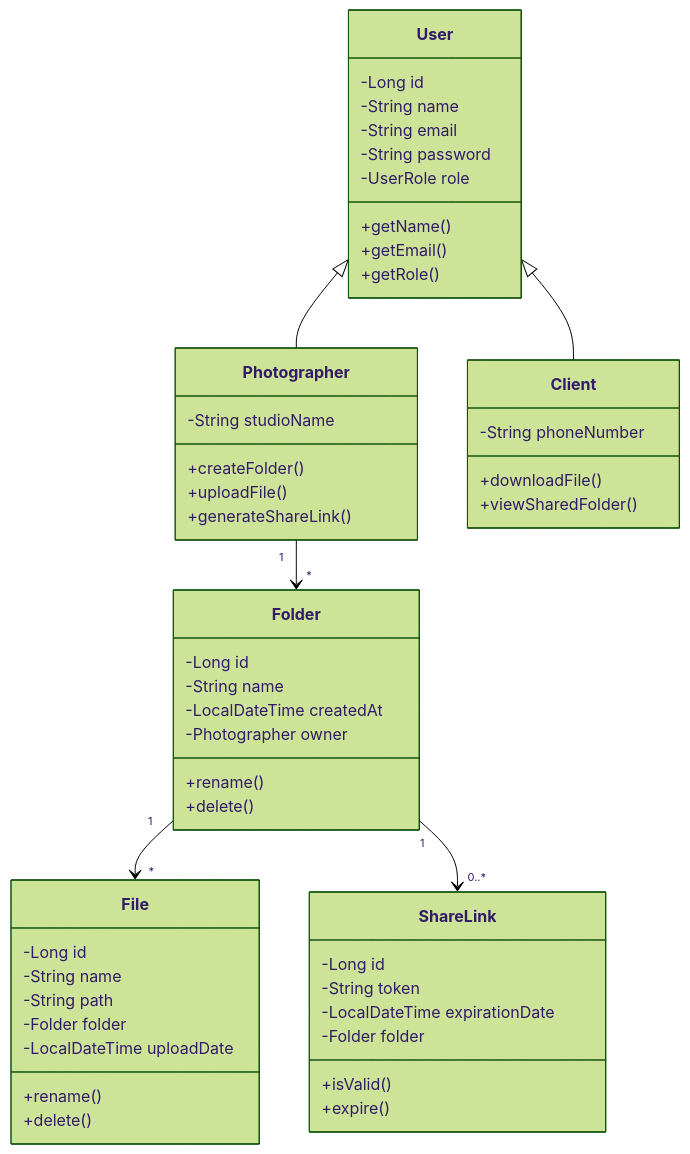
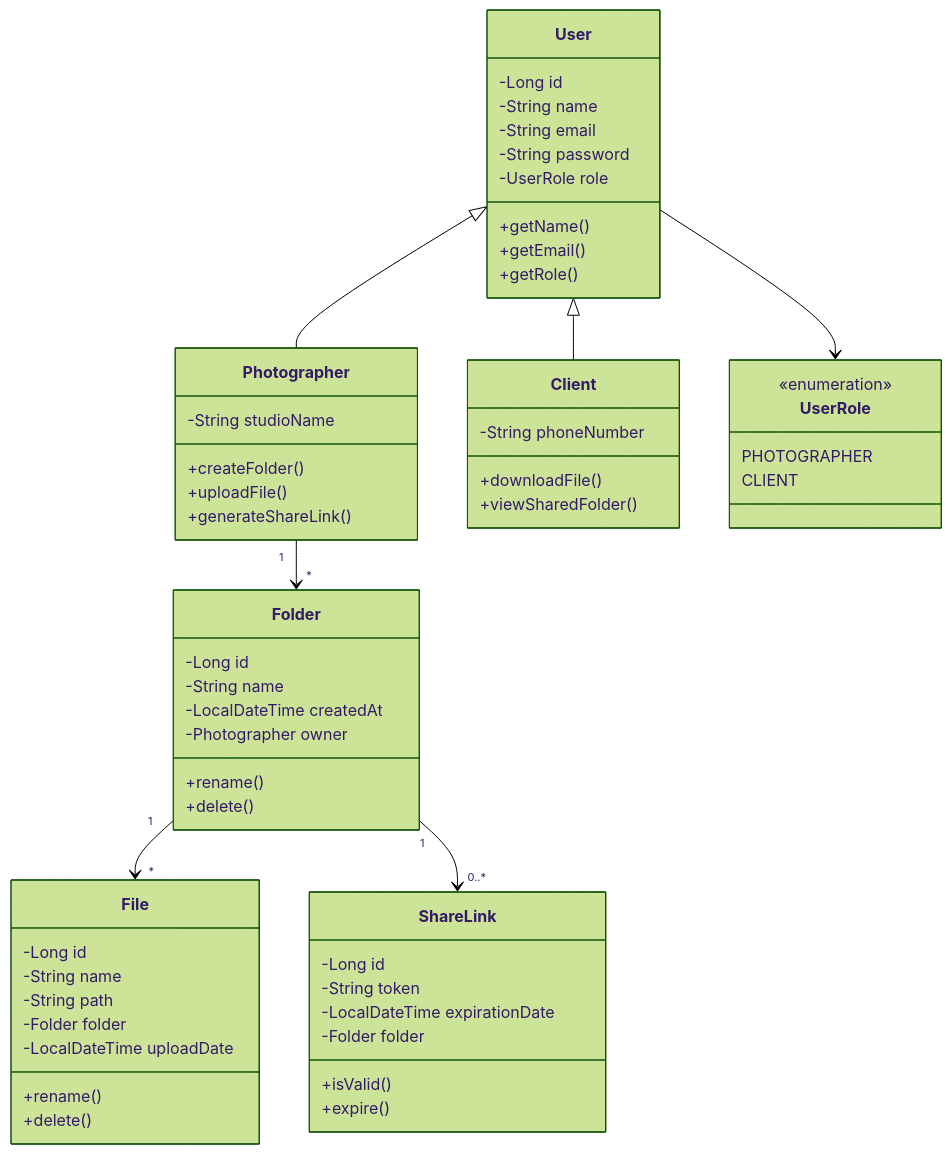
Before and after one commit to Viniciustertuliano/photovault: the diagram in README.md, drawn with Mermaid (forest theme). The commit also changed other lines of this file, not shown here.

Commit message:
docs(diagram): Add missing classes to the Mermaid diagram

````diff
--- a/README.md
+++ b/README.md
@@ -44,60 +44,68 @@
 ```mermaid
 classDiagram
     class User {
         -Long id
         -String name
         -String email
         -String password
         -UserRole role
         +getName()
         +getEmail()
         +getRole()
     }
 
     class Photographer {
         -String studioName
         +createFolder()
         +uploadFile()
         +generateShareLink()
     }
 
     class Client {
         -String phoneNumber
         +downloadFile()
         +viewSharedFolder()
     }
 
     class Folder {
         -Long id
         -String name
         -LocalDateTime createdAt
         -Photographer owner
         +rename()
         +delete()
     }
 
     class File {
         -Long id
         -String name
         -String path
         -Folder folder
         -LocalDateTime uploadDate
         +rename()
         +delete()
     }
 
     class ShareLink {
         -Long id
         -String token
         -LocalDateTime expirationDate
         -Folder folder
         +isValid()
         +expire()
     }
 
+    class UserRole {
+        <<enumeration>>
+        PHOTOGRAPHER
+        CLIENT
+    }
+
     User <|-- Photographer
     User <|-- Client
+    User --> UserRole
     Photographer "1" --> "*" Folder
     Folder "1" --> "*" File
     Folder "1" --> "0..*" ShareLink
+
 ```
````
